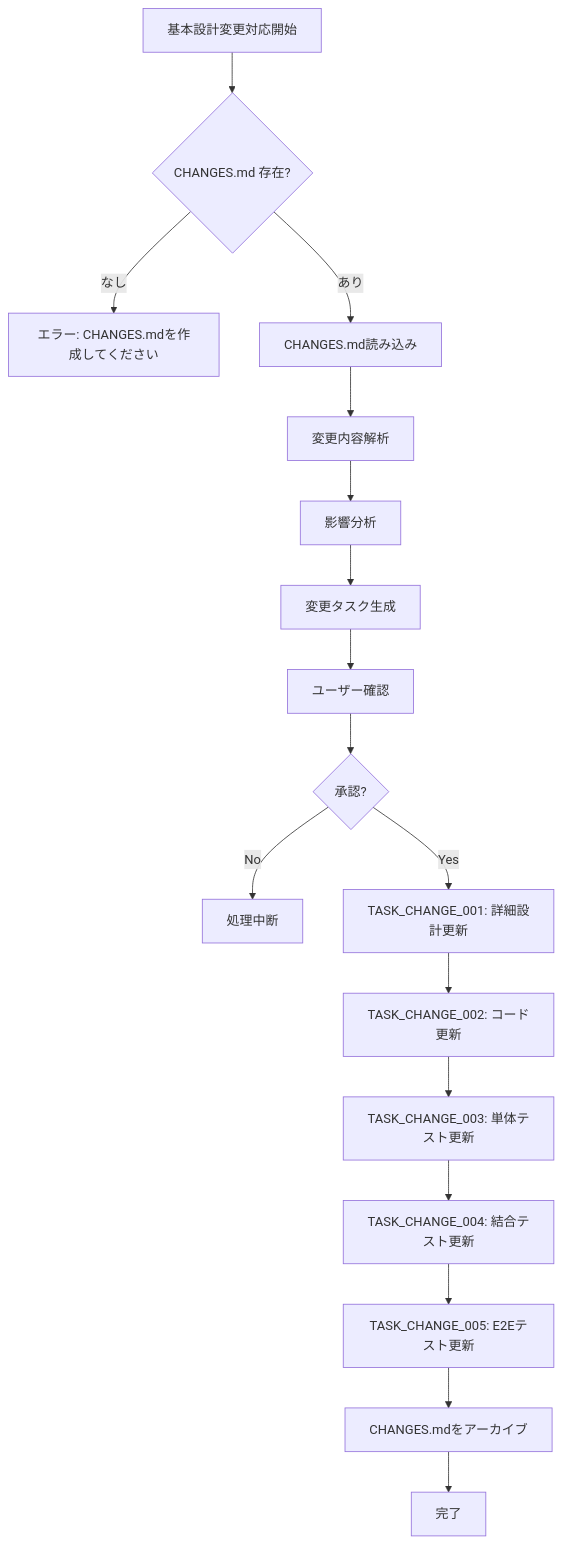
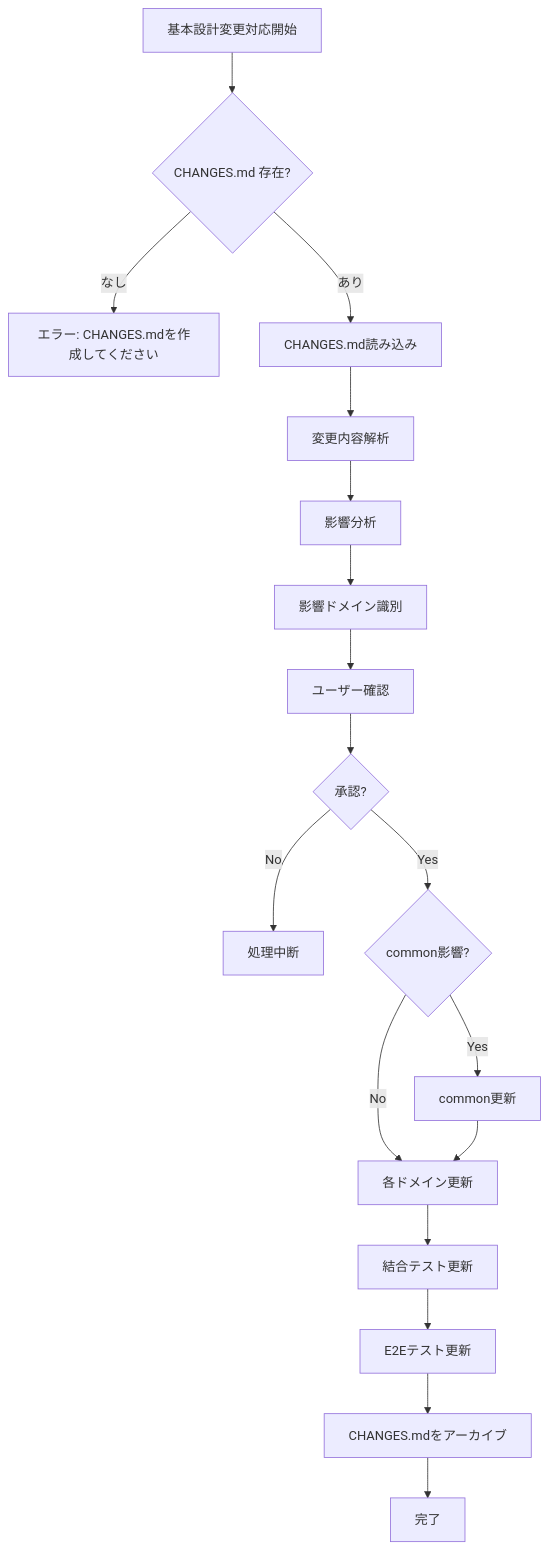
One commit to KenyaSaitoh/ai_driven_dev_202601 changed the diagram in agent_skills/jakarta-ee-api-base/instructions/basic_design_change.md. Above: the diagram before and after it, drawn with Mermaid. The commit also changed other lines of this file and 50 other files, not shown here.

````diff
--- a/agent_skills/jakarta-ee-api-base/instructions/basic_design_change.md
+++ b/agent_skills/jakarta-ee-api-base/instructions/basic_design_change.md
@@ -635,19 +665,20 @@
 ```mermaid
 graph TD
     A[基本設計変更対応開始] --> B{CHANGES.md 存在?}
     B -->|なし| C[エラー: CHANGES.mdを作成してください]
     B -->|あり| D[CHANGES.md読み込み]
     D --> E[変更内容解析]
     E --> F[影響分析]
-    F --> G[変更タスク生成]
+    F --> G[影響ドメイン識別]
     G --> H[ユーザー確認]
     H --> I{承認?}
     I -->|No| J[処理中断]
-    I -->|Yes| K[TASK_CHANGE_001: 詳細設計更新]
-    K --> L[TASK_CHANGE_002: コード更新]
-    L --> M[TASK_CHANGE_003: 単体テスト更新]
-    M --> N[TASK_CHANGE_004: 結合テスト更新]
-    N --> O[TASK_CHANGE_005: E2Eテスト更新]
+    I -->|Yes| K{common影響?}
+    K -->|Yes| L[common更新]
+    K -->|No| M[各ドメイン更新]
+    L --> M
+    M --> N[結合テスト更新]
+    N --> O[E2Eテスト更新]
     O --> P[CHANGES.mdをアーカイブ]
     P --> Q[完了]
 ```
````
